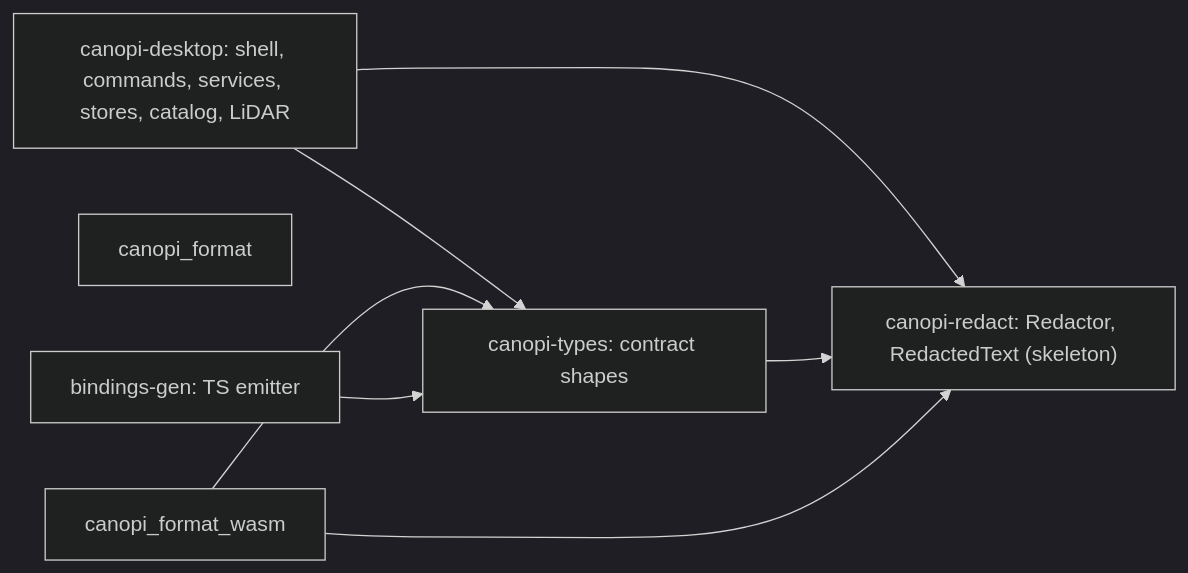
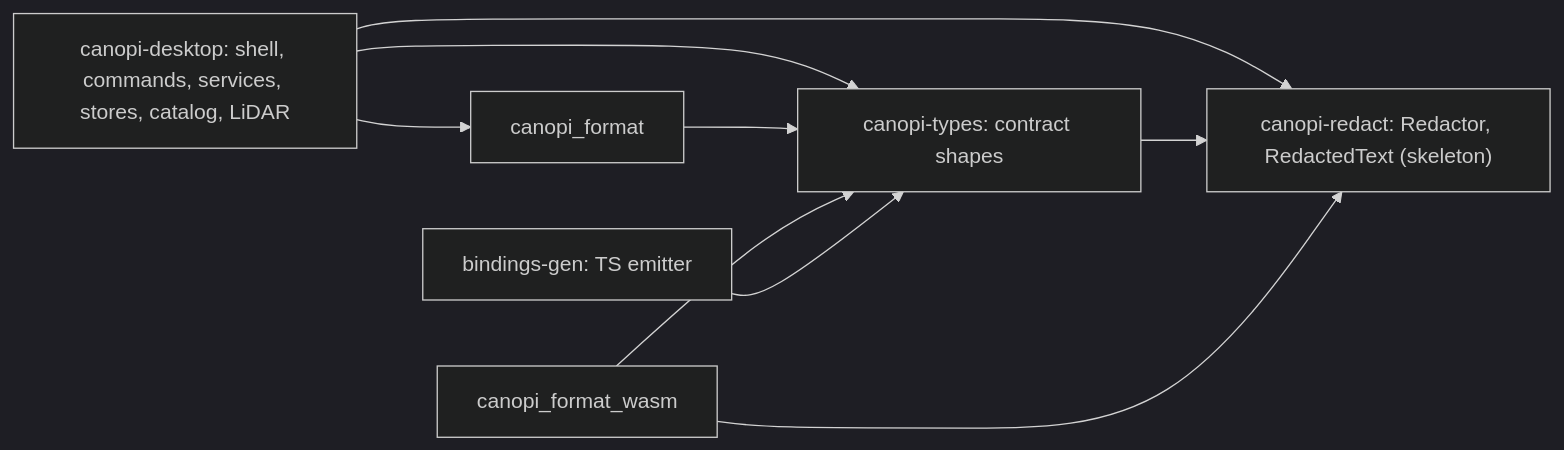
One commit to opencanopi/canopi changed the sixth of 8 diagrams in docs/architecture/components.md. Above: the diagram before and after it, drawn with Mermaid (dark theme). The commit also changed 13 other files, not shown here.

````diff
--- a/docs/architecture/components.md
+++ b/docs/architecture/components.md
@@ -247,14 +247,16 @@
 ```mermaid
 flowchart LR
   canopi_desktop["canopi-desktop: shell, commands, services, stores, catalog, LiDAR"]
   canopi_types["canopi-types: contract shapes"]
   canopi_redact["canopi-redact: Redactor, RedactedText (skeleton)"]
   canopi_format
   bindings_gen["bindings-gen: TS emitter"]
   canopi_desktop --> canopi_types
   canopi_desktop --> canopi_redact
+  canopi_desktop --> canopi_format
+  canopi_format --> canopi_types
   canopi_types --> canopi_redact
   canopi_format_wasm --> canopi_types
   canopi_format_wasm --> canopi_redact
   bindings_gen --> canopi_types
 ```
````
